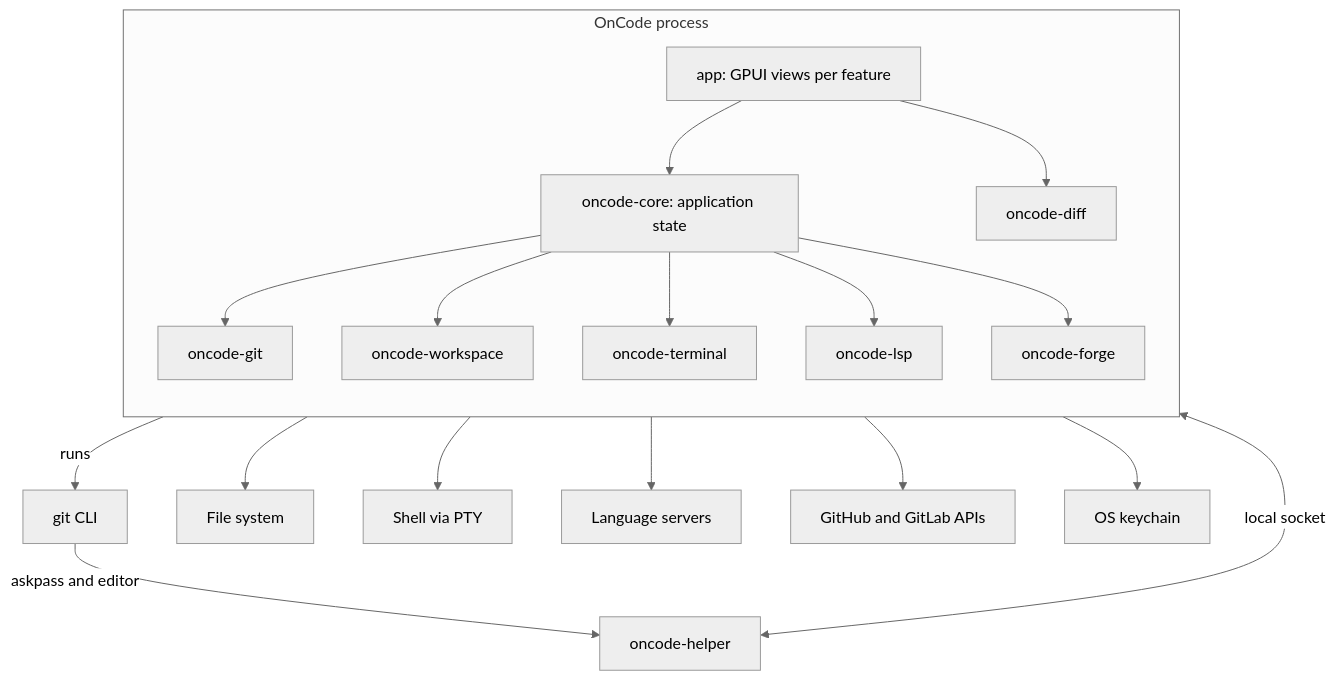
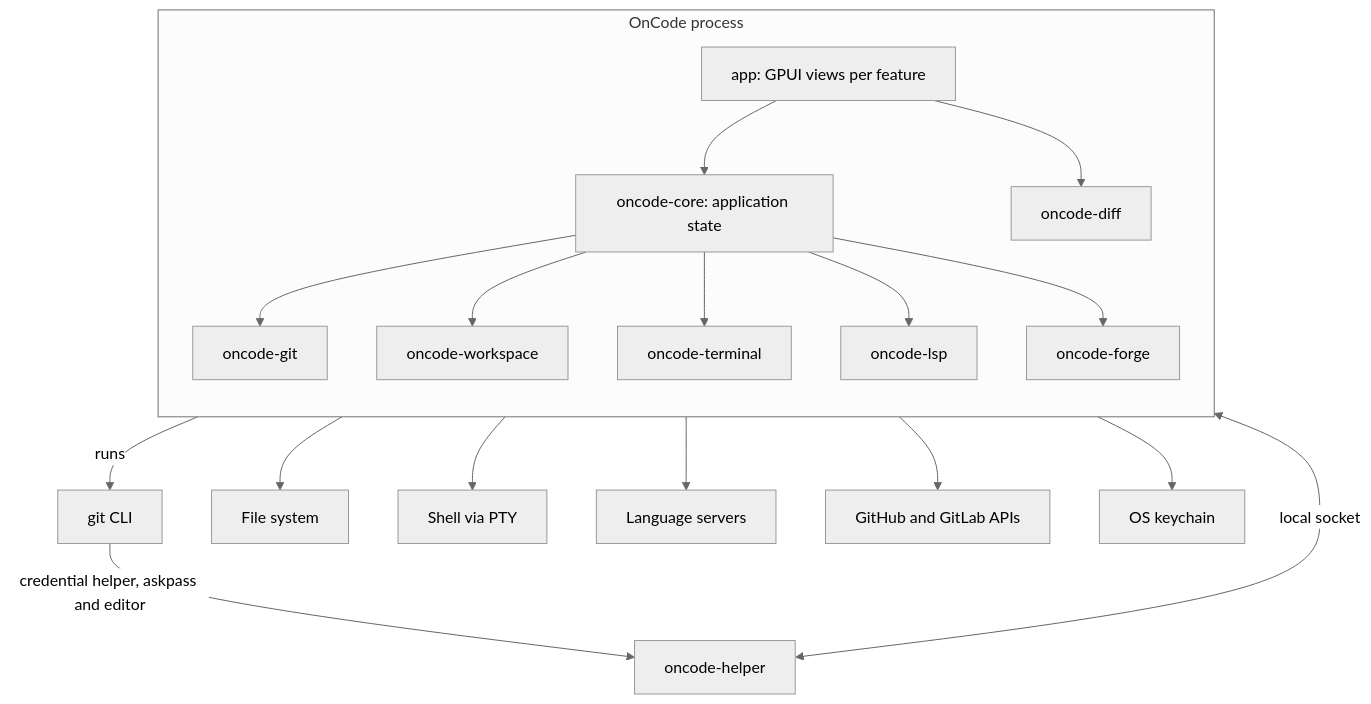
One commit to OkkyRoyDirgantara/oncode changed the first of 4 diagrams in docs/DESIGN.md. Above: the diagram before and after it, drawn with Mermaid (neutral theme). The commit also changed other lines of this file and 7 other files, not shown here.

First line of the commit message:
fix: answer forge logins via git's credential helper only

````diff
--- a/docs/DESIGN.md
+++ b/docs/DESIGN.md
@@ -185,24 +185,24 @@
 ```mermaid
 flowchart TB
     subgraph App["OnCode process"]
         direction TB
         UI["app: GPUI views per feature"]
         Core["oncode-core: application state"]
         UI --> Core
         Core --> GitCrate["oncode-git"]
         Core --> WsCrate["oncode-workspace"]
         Core --> TermCrate["oncode-terminal"]
         Core --> LspCrate["oncode-lsp"]
         Core --> ForgeCrate["oncode-forge"]
         UI --> DiffCrate["oncode-diff"]
     end
 
     GitCrate -->|"runs"| GitCli["git CLI"]
-    GitCli -->|"askpass and editor"| Helper["oncode-helper"]
+    GitCli -->|"credential helper, askpass and editor"| Helper["oncode-helper"]
     Helper <-->|"local socket"| GitCrate
     WsCrate --> Disk["File system"]
     TermCrate --> Shell["Shell via PTY"]
     LspCrate --> Servers["Language servers"]
     ForgeCrate --> Apis["GitHub and GitLab APIs"]
     ForgeCrate --> Keychain["OS keychain"]
 ```
````
